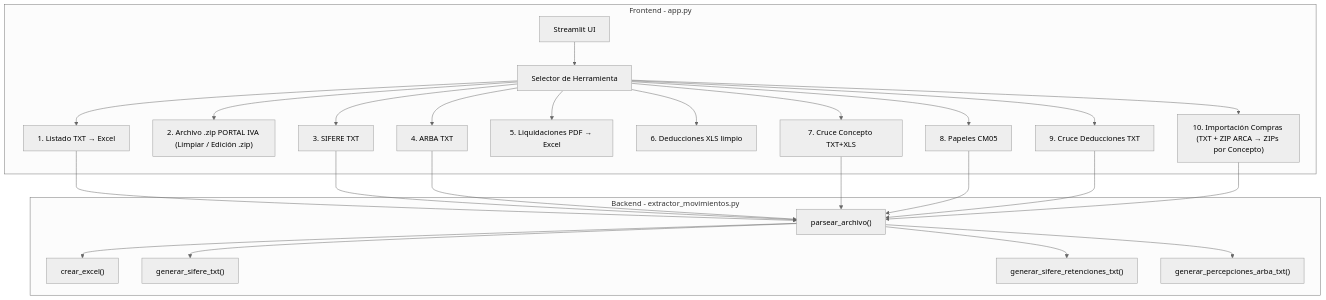
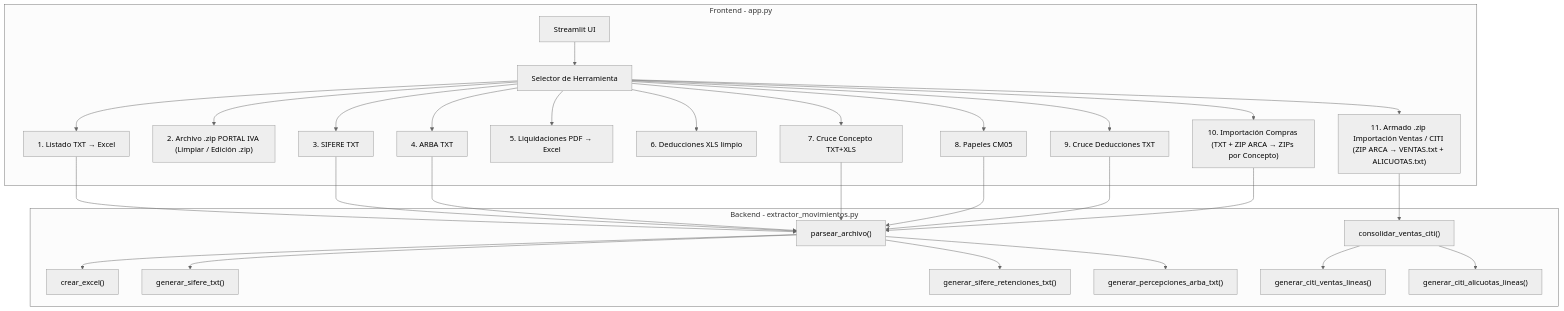
Before and after one commit to capano-andres/movimientos-a-excel: the first of 4 diagrams in DOCUMENTACION.md, drawn with Mermaid (neutral theme). The commit also changed other lines of this file and 2 other files, not shown here.

Commit message:
Archivo CITI Ventas

````diff
--- a/DOCUMENTACION.md
+++ b/DOCUMENTACION.md
@@ -51,31 +51,35 @@
 ```mermaid
 graph TD
     subgraph "Frontend - app.py"
         A[Streamlit UI] --> B[Selector de Herramienta]
         B --> H1["1. Listado TXT → Excel"]
         B --> H2["2. Archivo .zip PORTAL IVA (Limpiar / Edición .zip)"]
         B --> H3["3. SIFERE TXT"]
         B --> H4["4. ARBA TXT"]
         B --> H5["5. Liquidaciones PDF → Excel"]
         B --> H6["6. Deducciones XLS limpio"]
         B --> H7["7. Cruce Concepto TXT+XLS"]
         B --> H8["8. Papeles CM05"]
         B --> H9["9. Cruce Deducciones TXT"]
         B --> H10["10. Importación Compras (TXT + ZIP ARCA → ZIPs por Concepto)"]
+    B --> H11["11. Armado .zip Importación Ventas / CITI (ZIP ARCA → VENTAS.txt + ALICUOTAS.txt)"]
     end
 
     subgraph "Backend - extractor_movimientos.py"
         P["parsear_archivo()"] --> C["crear_excel()"]
         P --> S1["generar_sifere_txt()"]
         P --> S2["generar_sifere_retenciones_txt()"]
         P --> S3["generar_percepciones_arba_txt()"]
+        CV["consolidar_ventas_citi()"] --> CL1["generar_citi_ventas_lineas()"]
+        CV --> CL2["generar_citi_alicuotas_lineas()"]
     end
 
     H1 --> P
     H3 --> P
     H4 --> P
     H7 --> P
     H8 --> P
     H9 --> P
     H10 --> P
+    H11 --> CV
 ```
````
